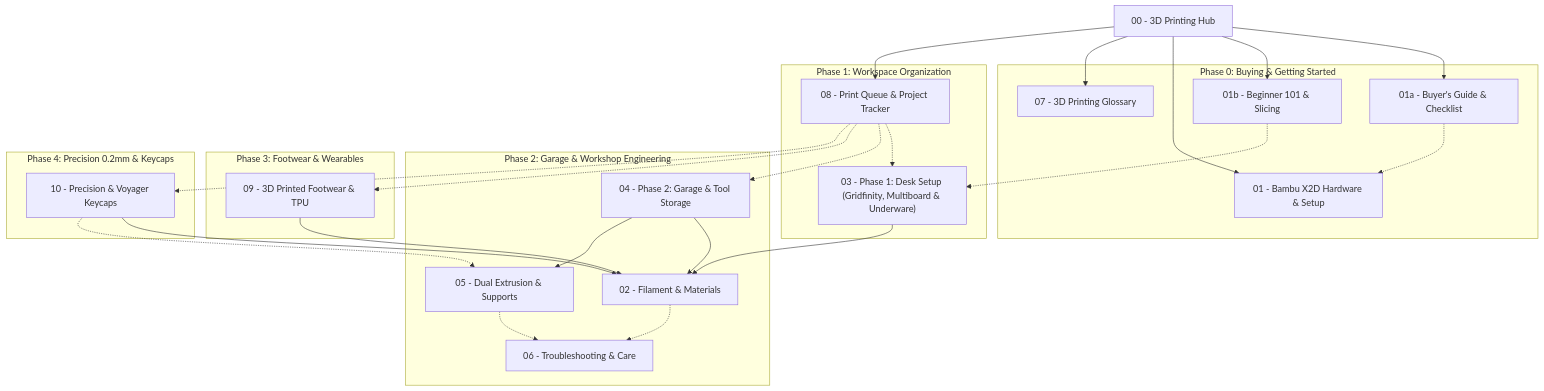
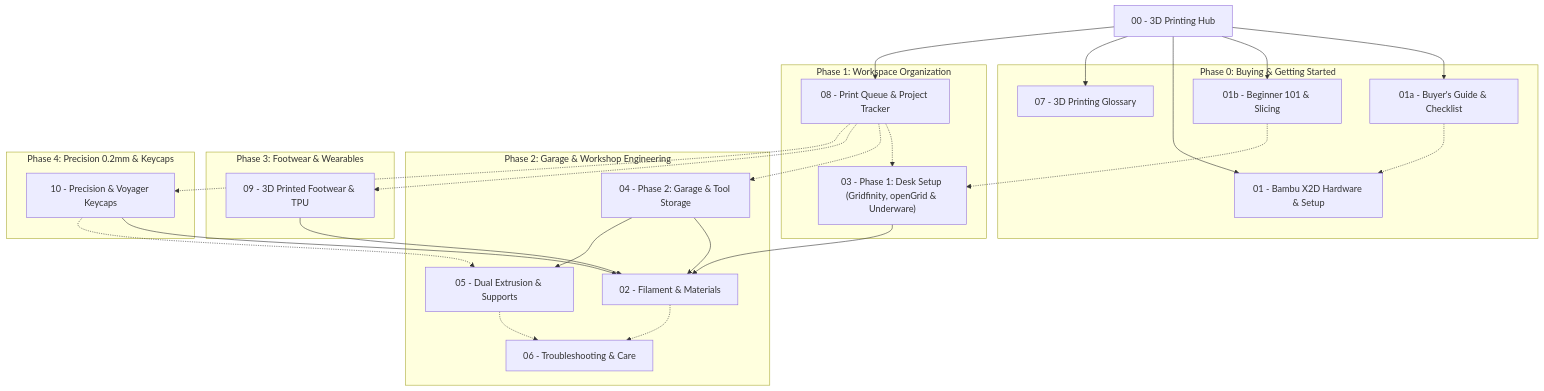
Before and after one commit to bar2sek/3d-printing: the diagram in 00 - 3D Printing Hub.md, drawn with Mermaid. The commit also changed other lines of this file and 13 other files, not shown here.

Commit message:
docs: switch to openGrid from Multiboard

````diff
--- a/00 - 3D Printing Hub.md
+++ b/00 - 3D Printing Hub.md
@@ -31,53 +31,53 @@
 ```mermaid
 flowchart TD
     HUB["00 - 3D Printing Hub"]
     
     subgraph PREP["Phase 0: Buying & Getting Started"]
         BUY["01a - Buyer's Guide & Checklist"]
         BEGIN["01b - Beginner 101 & Slicing"]
         HARDWARE["01 - Bambu X2D Hardware & Setup"]
         GLOSS["07 - 3D Printing Glossary"]
     end
     
     subgraph EXEC["Phase 1: Workspace Organization"]
-        PHASE1["03 - Phase 1: Desk Setup (Gridfinity, Multiboard & Underware)"]
+        PHASE1["03 - Phase 1: Desk Setup (Gridfinity, openGrid & Underware)"]
         QUEUE["08 - Print Queue & Project Tracker"]
     end
     
     subgraph ENG["Phase 2: Garage & Workshop Engineering"]
         PHASE2["04 - Phase 2: Garage & Tool Storage"]
         DUAL["05 - Dual Extrusion & Supports"]
         MATERIALS["02 - Filament & Materials"]
         TROUBLE["06 - Troubleshooting & Care"]
     end
     
     subgraph WEAR["Phase 3: Footwear & Wearables"]
         SHOES["09 - 3D Printed Footwear & TPU"]
     end
     
     subgraph PREC["Phase 4: Precision 0.2mm & Keycaps"]
         KEYCAPS["10 - Precision & Voyager Keycaps"]
     end
     
     HUB --> BUY
     HUB --> BEGIN
     HUB --> HARDWARE
     HUB --> GLOSS
     HUB --> QUEUE
     
     BUY -.-> HARDWARE
     BEGIN -.-> PHASE1
     QUEUE -.-> PHASE1
     QUEUE -.-> PHASE2
     QUEUE -.-> SHOES
     QUEUE -.-> KEYCAPS
     
     PHASE1 --> MATERIALS
     PHASE2 --> MATERIALS
     PHASE2 --> DUAL
     SHOES --> MATERIALS
     KEYCAPS --> MATERIALS
     KEYCAPS -.-> DUAL
     MATERIALS -.-> TROUBLE
     DUAL -.-> TROUBLE
 ```
````
